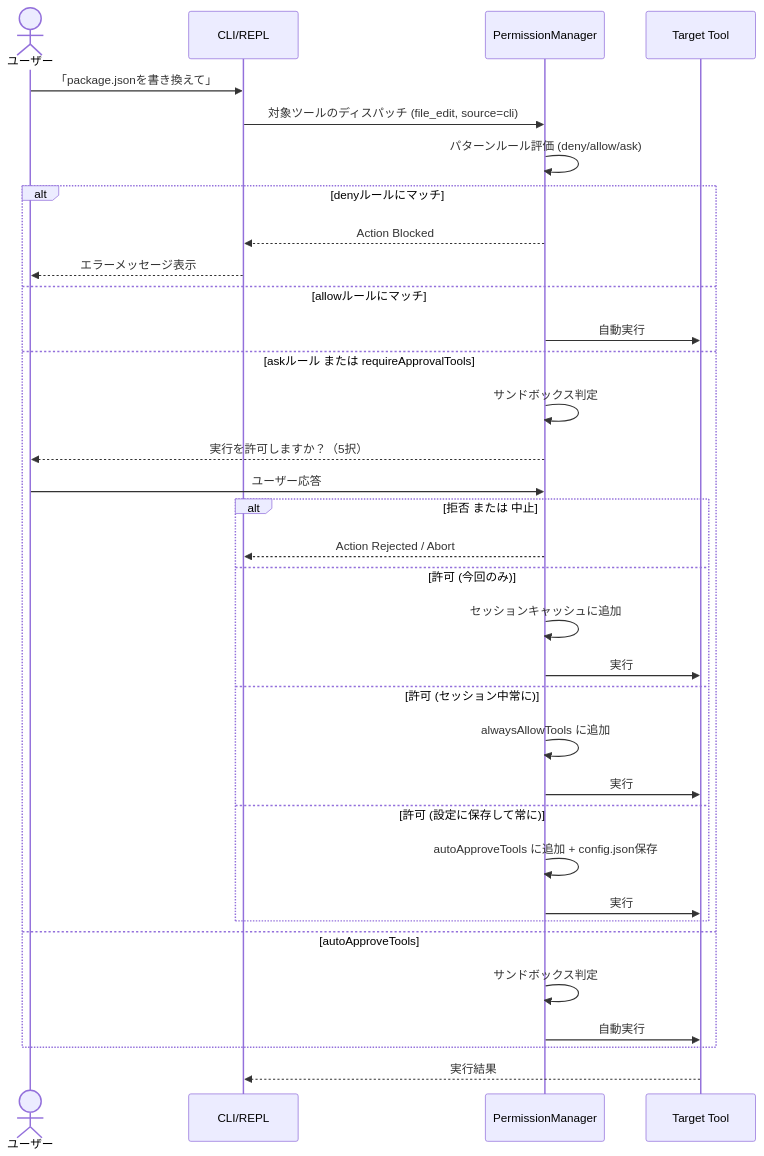
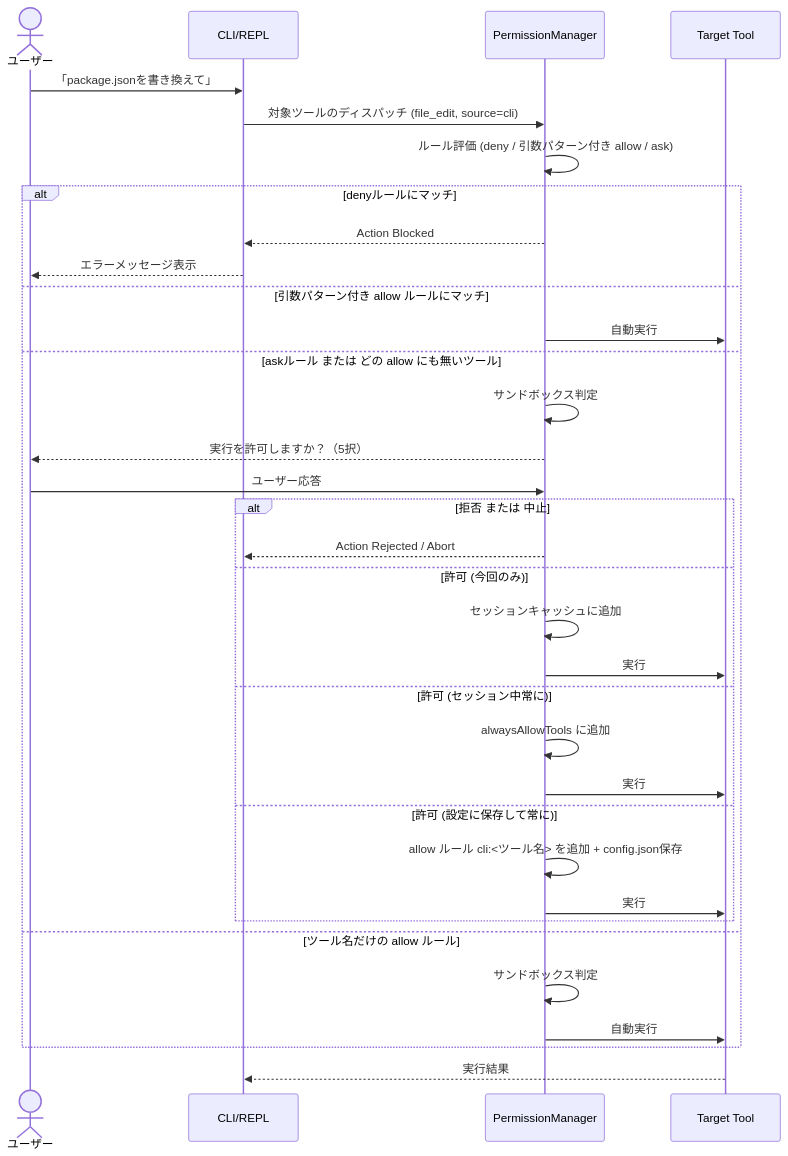
Before and after one commit to t2k2pp/lllmAgents: the fifth of 5 diagrams in docs/external_design.md, drawn with Mermaid. The commit also changed other lines of this file and 9 other files, not shown here.

````diff
--- a/docs/external_design.md
+++ b/docs/external_design.md
@@ -379,38 +382,38 @@
 ```mermaid
 sequenceDiagram
     actor U as ユーザー
     participant CLI as CLI/REPL
     participant PM as PermissionManager
     participant Tool as Target Tool
 
     U->>CLI: 「package.jsonを書き換えて」
     CLI->>PM: 対象ツールのディスパッチ (file_edit, source=cli)
 
-    PM->>PM: パターンルール評価 (deny/allow/ask)
+    PM->>PM: ルール評価 (deny / 引数パターン付き allow / ask)
     alt denyルールにマッチ
         PM-->>CLI: Action Blocked
         CLI-->>U: エラーメッセージ表示
-    else allowルールにマッチ
+    else 引数パターン付き allow ルールにマッチ
         PM->>Tool: 自動実行
-    else askルール または requireApprovalTools
+    else askルール または どの allow にも無いツール
         PM->>PM: サンドボックス判定
         PM-->>U: 実行を許可しますか？（5択）
         U->>PM: ユーザー応答
         alt 拒否 または 中止
             PM-->>CLI: Action Rejected / Abort
         else 許可 (今回のみ)
             PM->>PM: セッションキャッシュに追加
             PM->>Tool: 実行
         else 許可 (セッション中常に)
             PM->>PM: alwaysAllowTools に追加
             PM->>Tool: 実行
         else 許可 (設定に保存して常に)
-            PM->>PM: autoApproveTools に追加 + config.json保存
+            PM->>PM: allow ルール cli:<ツール名> を追加 + config.json保存
             PM->>Tool: 実行
         end
-    else autoApproveTools
+    else ツール名だけの allow ルール
         PM->>PM: サンドボックス判定
         PM->>Tool: 自動実行
     end
     Tool-->>CLI: 実行結果
 ```
````
